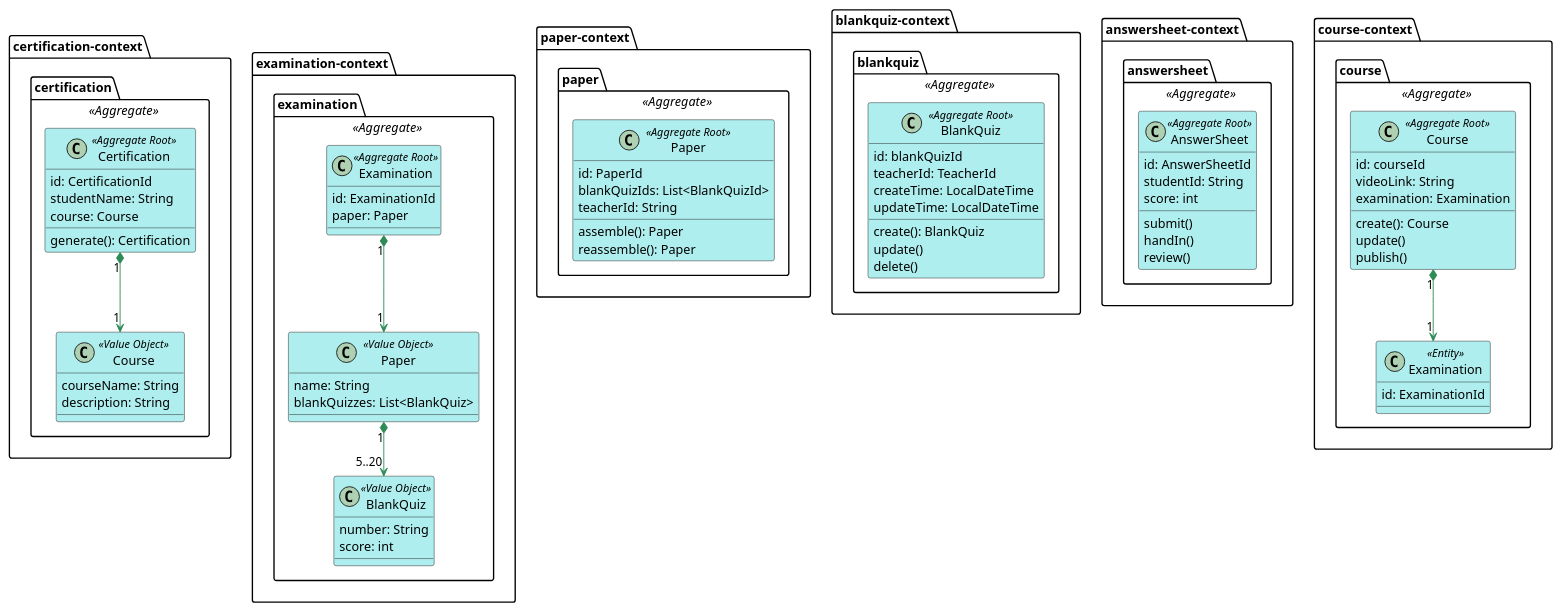
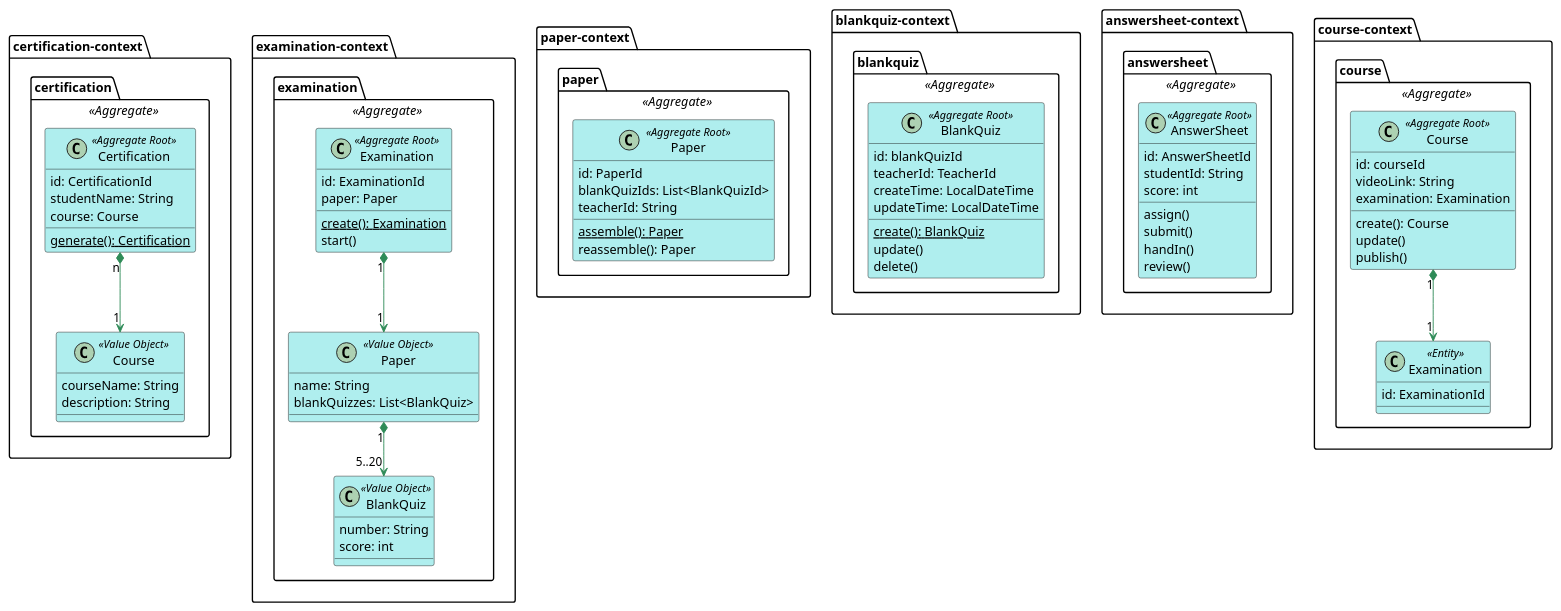
One commit to DDD-Bootcamp/exam-plantform-hexagonal changed the diagram in design/domain_model.puml. Above: the diagram before and after it, drawn with PlantUML. The commit also changed 32 other files, not shown here.

```diff
--- a/design/domain_model.puml
+++ b/design/domain_model.puml
@@ -1,177 +1,180 @@
 @startuml
 skinparam Shadowing false
 skinparam class {
     BackgroundColor PaleTurquoise 
     ArrowColor SeaGreen
 }
 
 package certification-context {
     package certification <<Aggregate>> {
         class Certification <<Aggregate Root>> {
             id: CertificationId
             studentName: String
             course: Course
-            generate(): Certification
+            {static} generate(): Certification
         }
         class "Course" as cc <<Value Object>> {
             courseName: String
             description: String
         }
-        Certification "1" *--> "1" cc
+        Certification "n" *--> "1" cc
     }
 }
 
 package examination-context {
     package examination <<Aggregate>> {
         class Examination <<Aggregate Root>> {
             id: ExaminationId
             paper: Paper
+            {static} create(): Examination
+            start()
         }
         class "Paper" as ep <<Value Object>> {
             name: String
             blankQuizzes: List<BlankQuiz>
         }
         class "BlankQuiz" as ebq <<Value Object>> {
             number: String
             score: int
         }
         Examination "1" *--> "1" ep
         ep "1" *--> "5..20" ebq
     }
 }
 
 package paper-context {
     package paper <<Aggregate>> {
         class Paper <<Aggregate Root>> {
             id: PaperId
             blankQuizIds: List<BlankQuizId>
             teacherId: String
-            assemble(): Paper
+            {static} assemble(): Paper
             reassemble(): Paper
         }
     }
 }
 
 package blankquiz-context {
     package blankquiz <<Aggregate>> {
         class BlankQuiz <<Aggregate Root>> {
             id: blankQuizId
             teacherId: TeacherId
             createTime: LocalDateTime
             updateTime: LocalDateTime
-            create(): BlankQuiz
+            {static} create(): BlankQuiz
             update()
             delete()
         }
     }
 }
 
 package answersheet-context {
     package answersheet <<Aggregate>> {
         class AnswerSheet <<Aggregate Root>> {
             id: AnswerSheetId
             studentId: String
             score: int
+            assign()
             submit()
             handIn()
             review()
         }
     }
 }
 
 package course-context {
     package course <<Aggregate>> {
         class Course <<Aggregate Root>> {
             id: courseId
             videoLink: String
             examination: Examination
             create(): Course
             update()
             publish()
         }
 
         class "Examination" as ce <<Entity>> {
             id: ExaminationId
         }
         Course "1" *--> "1" ce
     }
 }
 
 
 
 
 ' package examination {
 '     package examination <<Aggregate>> {
 '         class Examination <<Entity>> <<Aggregate Root>> {
 '             id: ExaminationId
 '             paperId: PaperId
 '             createTime: LocalDateTime
 '             startTime: LocalDateTime
 '             endTime: LocalDateTime
 '             answerSheetIds: List<AnswerSheetId>
 '         }
 
 '         interface ExaminationSpecification {
 '             isSatisfiedBy(Examination examination): boolean
 '         }
 '         UniquePaperExaminationSpecification --|> ExaminationSpecification
 '         class UniquePaperExaminationSpecification <<Value Object>> {
 '             isSatisfiedBy(Examination examination): boolean 
 '         }
 '         OverTimeExaminationSpecification --|> ExaminationSpecification
 '         class OverTimeExaminationSpecification <<Value Object>> {
 '             isSatisfiedBy(Examination examination): boolean 
 '         }
 '         Examination --up[hidden] ExaminationSpecification
 '         creatingExaminationService --up[hidden] Examination
 '     }
 ' }
 
 ' package paper {
 '     package paper <<Aggregate>> {
 '         class Paper <<Entity>> <<Aggregate Root>> {
 '             id: PaperId 
 '             quizToReferenceAnswerMap: Map<Quiz, ReferenceAnswer>
 '             score(AnswerSheet answerSheet): BigDecimal
 '         }
 '         Paper ..> AnswerSheet
 '         class AnswerSheet <<Value Object>> {
 '             quizToAnswerMap: Map<Quiz, Answer>
 '         }
 '         Paper --> ReferenceAnswer
 '         class ReferenceAnswer <<Value Object>>
 '         ReferenceAnswer --|> Answer
 '         Paper ..> Answer
 '         class Answer <<Value Object>> {
 '             value: String 
 '         }
 '         Paper --> Quiz
 '         class Quiz <<Value Object>> {
 '             description: String 
 '             score: Long 
 '         }
 '         Paper --up[hidden] PaperSpecification
 '         interface PaperSpecification {
 '             isSatisfiedBy(Paper paper): boolean 
 '         }
 '         QuizCountPaperSpecification --|> PaperSpecification
 '         class QuizCountPaperSpecification <<Value Object>> {
 '             isSatisfiedBy(Paper paper): boolean
 '         }
 '         TotalScorePaperSpecification --|> PaperSpecification
 '         class TotalScorePaperSpecification <<Value Object>> {
 '             isSatisfiedBy(Paper paper): boolean 
 '         }
 '         DuplicateQuizPaperSpecification --|> PaperSpecification
 '         class DuplicateQuizPaperSpecification <<Value Object>> {
 '             isSatisfiedBy(Paper paper): boolean 
 '         }
 '         class BlankQuiz <<Value Object>>
 '         class Quiz <<Value Object>> {
 '             score: Long 
 '             description: string
 '         }
 '         BlankQuiz -up-|> Quiz
 '     }
 ' }
 @enduml
```
